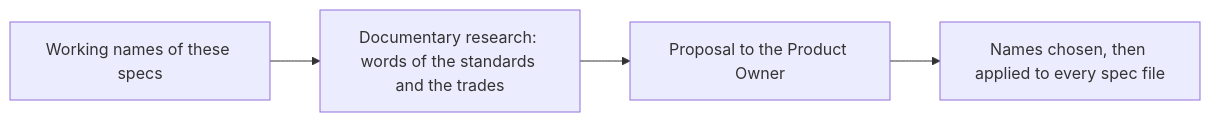
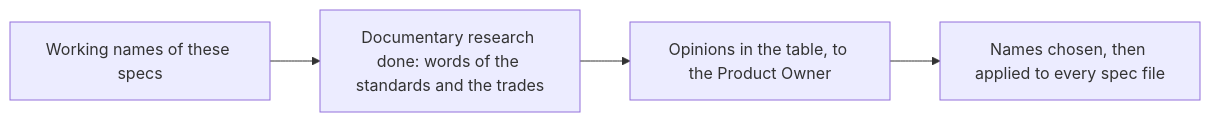
One commit to AlexandreGallais/synoptic-studio-spec changed the diagram in metadata/12-naming.md. Above: the diagram before and after it, drawn with Mermaid. The commit also changed other lines of this file and 5 other files, not shown here.

First line of the commit message:
docs(metadata): apply documentary research findings as proposals

````diff
--- a/metadata/12-naming.md
+++ b/metadata/12-naming.md
@@ -17,6 +18,6 @@
 ```mermaid
 flowchart LR
-    W["Working names of these specs"] --> R["Documentary research: words of the standards and the trades"]
-    R --> P["Proposal to the Product Owner"]
+    W["Working names of these specs"] --> R["Documentary research done: words of the standards and the trades"]
+    R --> P["Opinions in the table, to the Product Owner"]
     P --> D["Names chosen, then applied to every spec file"]
 ```
````
